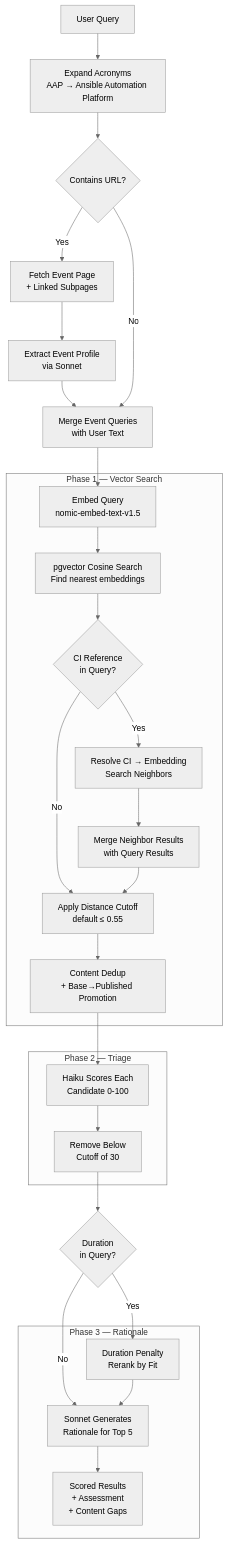
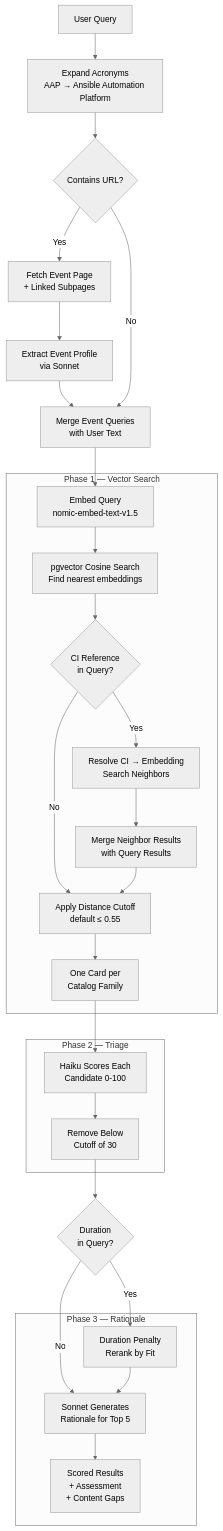
Before and after one commit to rhpds/rcars: the diagram in docs/architecture/recommendation-engine.md, drawn with Mermaid (neutral theme). The commit also changed other lines of this file and 23 other files, not shown here.

````diff
--- a/docs/architecture/recommendation-engine.md
+++ b/docs/architecture/recommendation-engine.md
@@ -15,34 +15,34 @@
 ```mermaid
 flowchart TD
     Q[User Query] --> Acronym[Expand Acronyms<br/>AAP → Ansible Automation Platform]
     Acronym --> URLCheck{Contains URL?}
     URLCheck -->|Yes| Fetch[Fetch Event Page<br/>+ Linked Subpages]
     Fetch --> Extract[Extract Event Profile<br/>via Sonnet]
     Extract --> Merge[Merge Event Queries<br/>with User Text]
     URLCheck -->|No| Merge
     Merge --> Embed[Embed Query<br/>nomic-embed-text-v1.5]
 
     subgraph "Phase 1 — Vector Search"
         Embed --> PGV[pgvector Cosine Search<br/>Find nearest embeddings]
         PGV --> CIRef{CI Reference<br/>in Query?}
         CIRef -->|Yes| Resolve[Resolve CI → Embedding<br/>Search Neighbors]
         CIRef -->|No| Cutoff
         Resolve --> MergeResults[Merge Neighbor Results<br/>with Query Results]
         MergeResults --> Cutoff[Apply Distance Cutoff<br/>default ≤ 0.55]
-        Cutoff --> Dedup[Content Dedup<br/>+ Base→Published Promotion]
+        Cutoff --> Dedup[One Card per<br/>Catalog Family]
     end
 
     subgraph "Phase 2 — Triage"
         Dedup --> Haiku[Haiku Scores Each<br/>Candidate 0-100]
         Haiku --> Filter[Remove Below<br/>Cutoff of 30]
     end
 
     Filter --> DurCheck{Duration<br/>in Query?}
     DurCheck -->|Yes| Rerank[Duration Penalty<br/>Rerank by Fit]
     DurCheck -->|No| P3
 
     subgraph "Phase 3 — Rationale"
         Rerank --> P3[Sonnet Generates<br/>Rationale for Top 5]
         P3 --> Results[Scored Results<br/>+ Assessment<br/>+ Content Gaps]
     end
 ```
````
